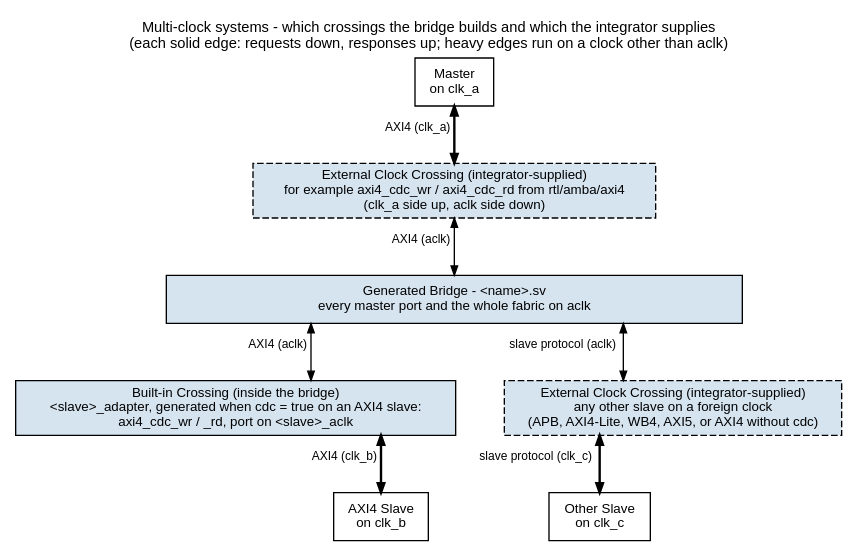
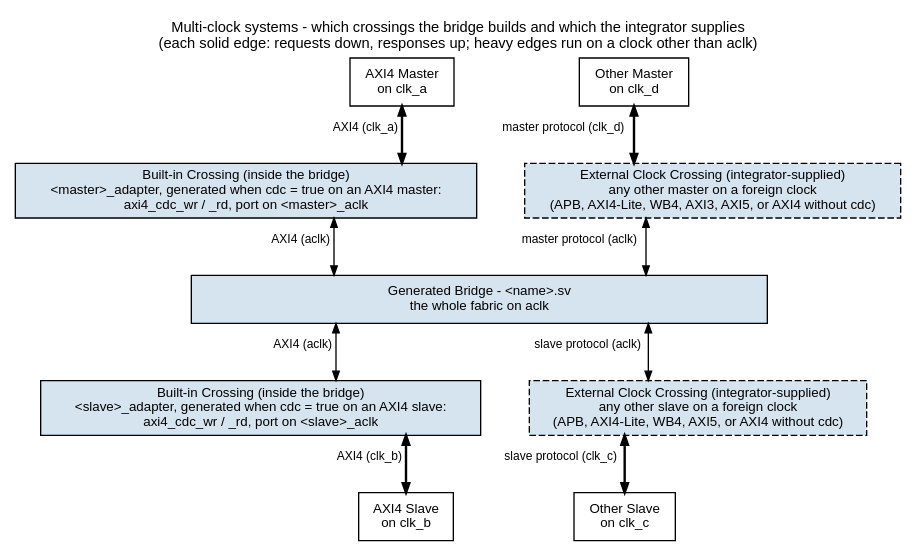
One commit to sean-galloway/RTLDesignSherpa changed the diagram in projects/components/fabric-gen-ip/bridge/docs/bridge_has/assets/graphviz/multi_clock_cdc.dot. Above: the diagram before and after it, drawn with Graphviz. The commit also changed 123 other files, not shown here.

First line of the commit message:
docs(bridge): rev 1.2 -- CAM pipelining, master CDC, benchmark, re-measured synthesis

```diff
--- a/projects/components/fabric-gen-ip/bridge/docs/bridge_has/assets/graphviz/multi_clock_cdc.dot
+++ b/projects/components/fabric-gen-ip/bridge/docs/bridge_has/assets/graphviz/multi_clock_cdc.dot
@@ -1,31 +1,40 @@
 // Where a clock crossing sits when the system has more than one clock (HAS 4.2).
-// The bridge generates a crossing only for a cdc = true AXI4 slave port; every
-// other port on a foreign clock needs one supplied outside the bridge.
+// The bridge generates a crossing for a cdc = true AXI4 port, master (GitHub
+// #119 L2) or slave (bridge TASK-006); every other port on a foreign clock
+// needs one supplied outside the bridge.
 // House style: vault/handbook/authoring/block-diagrams.md
 digraph multi_clock_cdc {
     graph [rankdir=TB, bgcolor="white", fontname="Helvetica", fontsize=11,
            nodesep="0.50", ranksep="0.60", splines=ortho, labelloc=t,
            label="Multi-clock systems - which crossings the bridge builds and which the integrator supplies\n(each solid edge: requests down, responses up; heavy edges run on a clock other than aclk)"];
     node  [fontname="Helvetica", fontsize=10, shape=box, style=filled,
            fillcolor="#D6E4F0", color="black", margin="0.12,0.06"];
     edge  [fontname="Helvetica", fontsize=9, color="black", arrowsize=0.7, dir=both];
 
-    m    [label="Master\non clk_a", fillcolor="white"];
-    xm   [label="External Clock Crossing (integrator-supplied)\nfor example axi4_cdc_wr / axi4_cdc_rd from rtl/amba/axi4\n(clk_a side up, aclk side down)", style="filled,dashed"];
-    br   [label="Generated Bridge - <name>.sv\nevery master port and the whole fabric on aclk", width=6];
+    m1   [label="AXI4 Master\non clk_a", fillcolor="white"];
+    m2   [label="Other Master\non clk_d", fillcolor="white"];
+    { rank=same; m1; m2; }
+    m1 -> m2 [style=invis, dir=none];
+    xm1  [label="Built-in Crossing (inside the bridge)\n<master>_adapter, generated when cdc = true on an AXI4 master:\naxi4_cdc_wr / _rd, port on <master>_aclk"];
+    xm2  [label="External Clock Crossing (integrator-supplied)\nany other master on a foreign clock\n(APB, AXI4-Lite, WB4, AXI3, AXI5, or AXI4 without cdc)", style="filled,dashed"];
+    { rank=same; xm1; xm2; }
+    xm1 -> xm2 [style=invis, dir=none];
+    br   [label="Generated Bridge - <name>.sv\nthe whole fabric on aclk", width=6];
     xs1  [label="Built-in Crossing (inside the bridge)\n<slave>_adapter, generated when cdc = true on an AXI4 slave:\naxi4_cdc_wr / _rd, port on <slave>_aclk"];
     xs2  [label="External Clock Crossing (integrator-supplied)\nany other slave on a foreign clock\n(APB, AXI4-Lite, WB4, AXI5, or AXI4 without cdc)", style="filled,dashed"];
     { rank=same; xs1; xs2; }
     xs1 -> xs2 [style=invis, dir=none];
     s1   [label="AXI4 Slave\non clk_b", fillcolor="white"];
     s2   [label="Other Slave\non clk_c", fillcolor="white"];
     { rank=same; s1; s2; }
     s1 -> s2 [style=invis, dir=none];
 
-    m   -> xm  [penwidth=1.8, xlabel="AXI4 (clk_a)"];
-    xm  -> br  [xlabel="AXI4 (aclk)"];
+    m1  -> xm1 [penwidth=1.8, xlabel="AXI4 (clk_a)"];
+    m2  -> xm2 [penwidth=1.8, xlabel="master protocol (clk_d)"];
+    xm1 -> br  [xlabel="AXI4 (aclk)"];
+    xm2 -> br  [xlabel="master protocol (aclk)"];
     br  -> xs1 [xlabel="AXI4 (aclk)"];
     br  -> xs2 [xlabel="slave protocol (aclk)"];
     xs1 -> s1  [penwidth=1.8, xlabel="AXI4 (clk_b)"];
     xs2 -> s2  [penwidth=1.8, xlabel="slave protocol (clk_c)"];
 }
```
